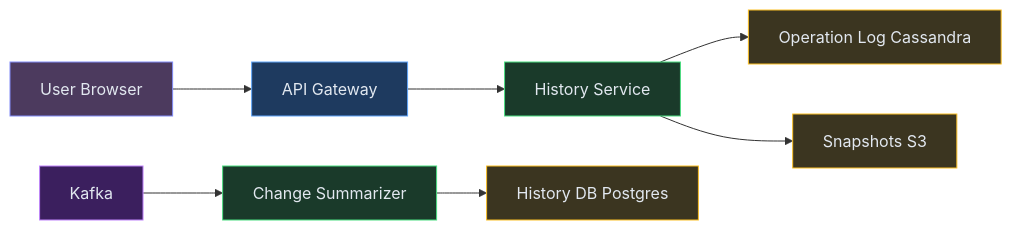
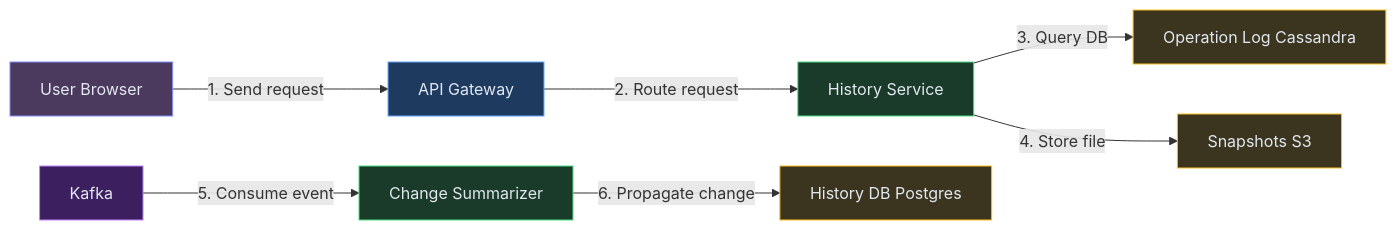
Before and after one commit to iluzn/HLD-Designs: the fourth of 11 diagrams in content/hld/GoogleDocs.md, drawn with Mermaid. The commit also changed other lines of this file and 27 other files, not shown here.

````diff
--- a/content/hld/GoogleDocs.md
+++ b/content/hld/GoogleDocs.md
@@ -302,23 +302,23 @@
 ```mermaid
 flowchart LR
     User["User Browser"]:::client
     GW["API Gateway"]:::edge
     HS["History Service"]:::service
     OL["Operation Log Cassandra"]:::data
     S3["Snapshots S3"]:::data
     CS["Change Summarizer"]:::service
     KF["Kafka"]:::async
 
-    User --> GW
-    GW --> HS
-    HS --> OL
-    HS --> S3
-    KF --> CS
-    CS --> DB["History DB Postgres"]:::data
+    User -->|"1. Send request"| GW
+    GW -->|"2. Route request"| HS
+    HS -->|"3. Query DB"| OL
+    HS -->|"4. Store file"| S3
+    KF -->|"5. Consume event"| CS
+    CS -->|"6. Propagate change"| DB["History DB Postgres"]:::data
 
     classDef client fill:#4c3a5e,stroke:#818cf8,color:#e2e8f0
     classDef edge fill:#1e3a5f,stroke:#60a5fa,color:#e2e8f0
     classDef service fill:#1a3a2a,stroke:#4ade80,color:#e2e8f0
     classDef data fill:#3b3520,stroke:#fbbf24,color:#e2e8f0
     classDef async fill:#3b1f5e,stroke:#c084fc,color:#e2e8f0
 ```
````
